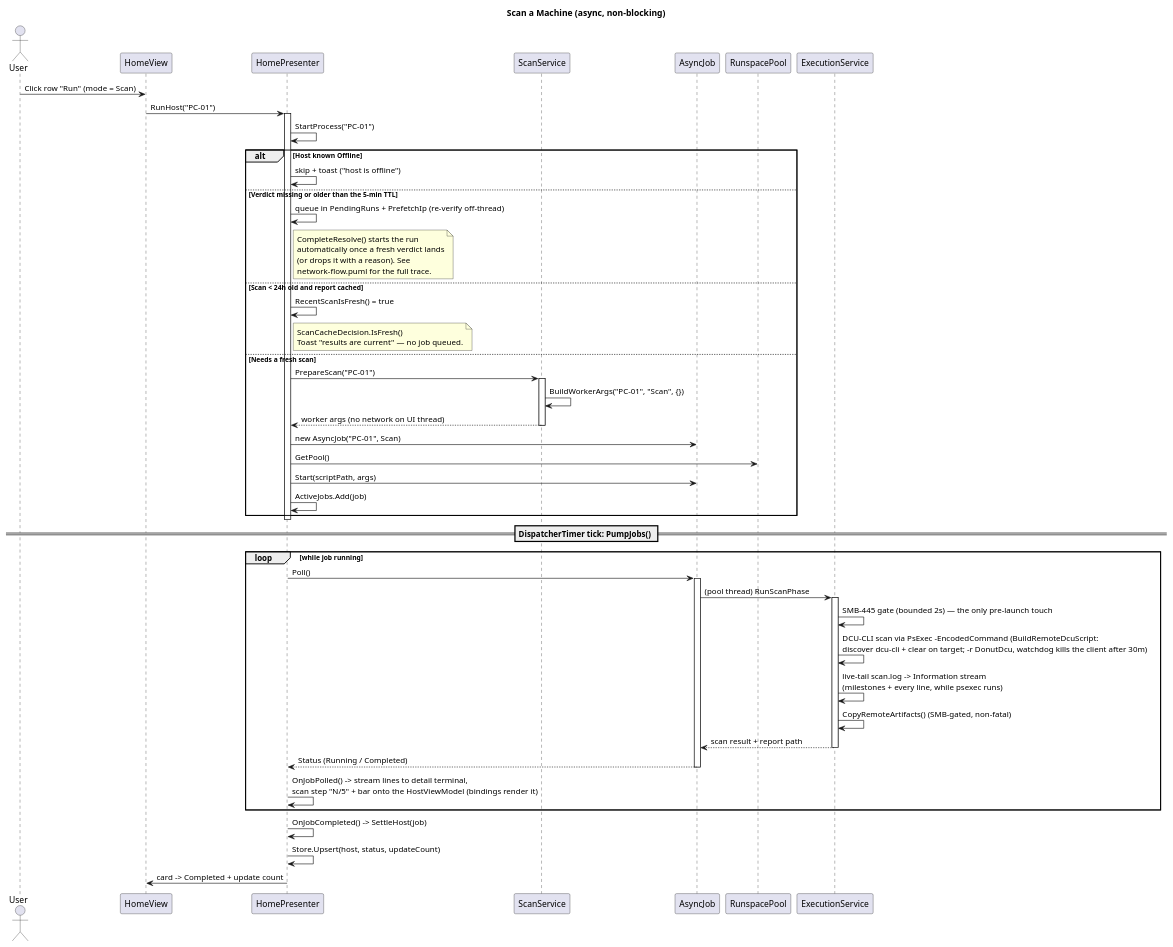
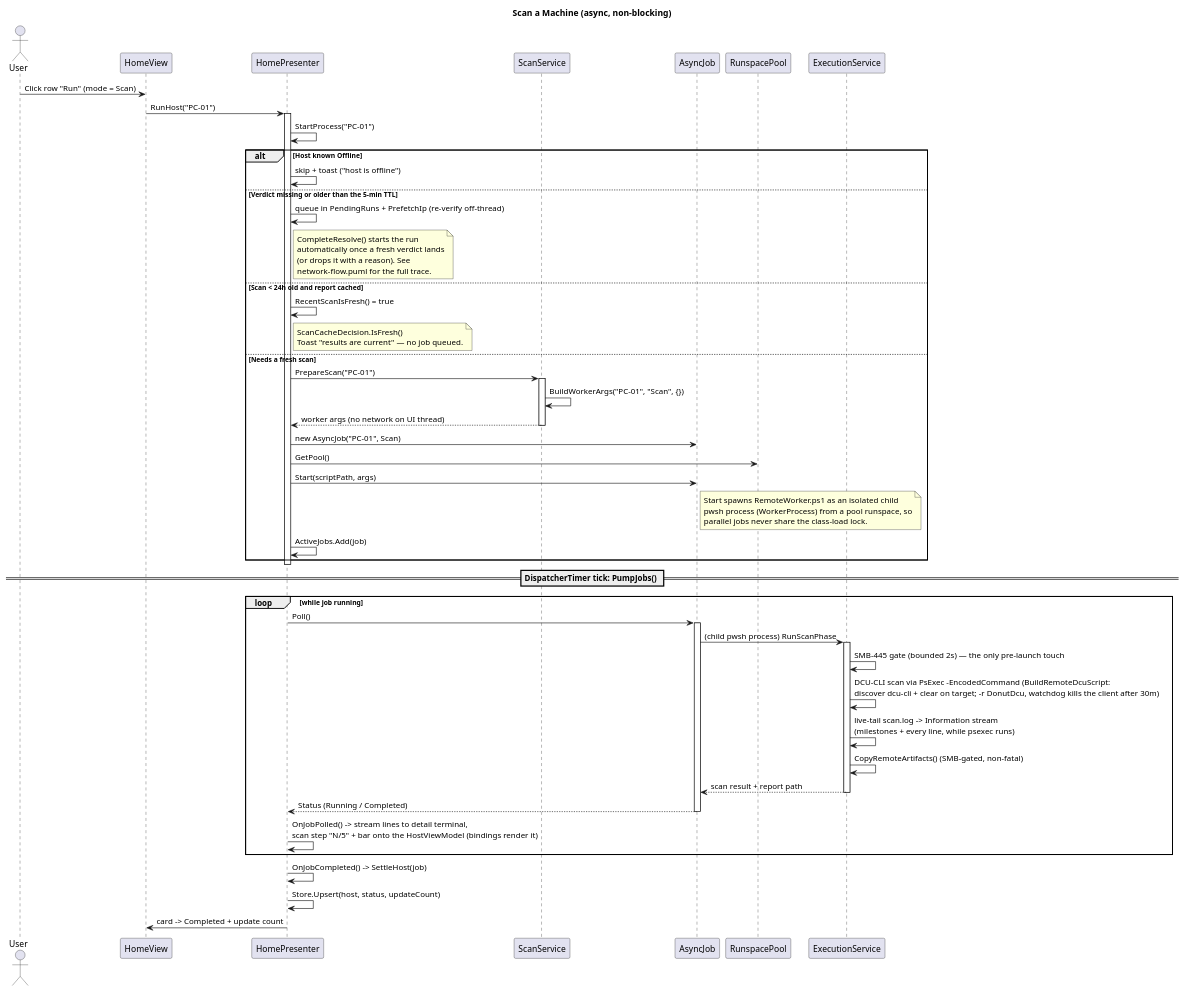
The diagram in docs/diagrams/scan_sequence_diagram.puml (Danial-Changez/DONUT), drawn with PlantUML before and after one commit. The commit also changed 9 other files, not shown here.

First line of the commit message:
docs: resync docs + diagrams with the code (status filter removed, worker isolation)

```diff
--- a/docs/diagrams/scan_sequence_diagram.puml
+++ b/docs/diagrams/scan_sequence_diagram.puml
@@ -1,60 +1,61 @@
 @startuml scan_sequence_diagram
 title Scan a Machine (async, non-blocking)
 
 actor User
 participant "HomeView" as View
 participant "HomePresenter" as Presenter
 participant "ScanService" as Scan
 participant "AsyncJob" as Job
 participant "RunspacePool" as Pool
 participant "ExecutionService" as Exec
 
 User -> View: Click row "Run" (mode = Scan)
 View -> Presenter: RunHost("PC-01")
 activate Presenter
 Presenter -> Presenter: StartProcess("PC-01")
 
 alt Host known Offline
     Presenter -> Presenter: skip + toast ("host is offline")
 else Verdict missing or older than the 5-min TTL
     Presenter -> Presenter: queue in PendingRuns + PrefetchIp (re-verify off-thread)
     note right of Presenter: CompleteResolve() starts the run\nautomatically once a fresh verdict lands\n(or drops it with a reason). See\nnetwork-flow.puml for the full trace.
 else Scan < 24h old and report cached
     Presenter -> Presenter: RecentScanIsFresh() = true
     note right of Presenter: ScanCacheDecision.IsFresh()\nToast "results are current" — no job queued.
 else Needs a fresh scan
     Presenter -> Scan: PrepareScan("PC-01")
     activate Scan
     Scan -> Scan: BuildWorkerArgs("PC-01", "Scan", {})
     Scan --> Presenter: worker args (no network on UI thread)
     deactivate Scan
 
     Presenter -> Job: new AsyncJob("PC-01", Scan)
     Presenter -> Pool: GetPool()
     Presenter -> Job: Start(scriptPath, args)
+    note right of Job: Start spawns RemoteWorker.ps1 as an isolated child\npwsh process (WorkerProcess) from a pool runspace, so\nparallel jobs never share the class-load lock.
     Presenter -> Presenter: ActiveJobs.Add(job)
 end
 deactivate Presenter
 
 == DispatcherTimer tick: PumpJobs() ==
 
 loop while job running
     Presenter -> Job: Poll()
     activate Job
-    Job -> Exec: (pool thread) RunScanPhase
+    Job -> Exec: (child pwsh process) RunScanPhase
     activate Exec
     Exec -> Exec: SMB-445 gate (bounded 2s) — the only pre-launch touch
     Exec -> Exec: DCU-CLI scan via PsExec -EncodedCommand (BuildRemoteDcuScript:\ndiscover dcu-cli + clear on target; -r DonutDcu, watchdog kills the client after 30m)
     Exec -> Exec: live-tail scan.log -> Information stream\n(milestones + every line, while psexec runs)
     Exec -> Exec: CopyRemoteArtifacts() (SMB-gated, non-fatal)
     Exec --> Job: scan result + report path
     deactivate Exec
     Job --> Presenter: Status (Running / Completed)
     deactivate Job
     Presenter -> Presenter: OnJobPolled() -> stream lines to detail terminal,\nscan step "N/5" + bar onto the HostViewModel (bindings render it)
 end
 
 Presenter -> Presenter: OnJobCompleted() -> SettleHost(job)
 Presenter -> Presenter: Store.Upsert(host, status, updateCount)
 Presenter -> View: card -> Completed + update count
 @enduml
```
